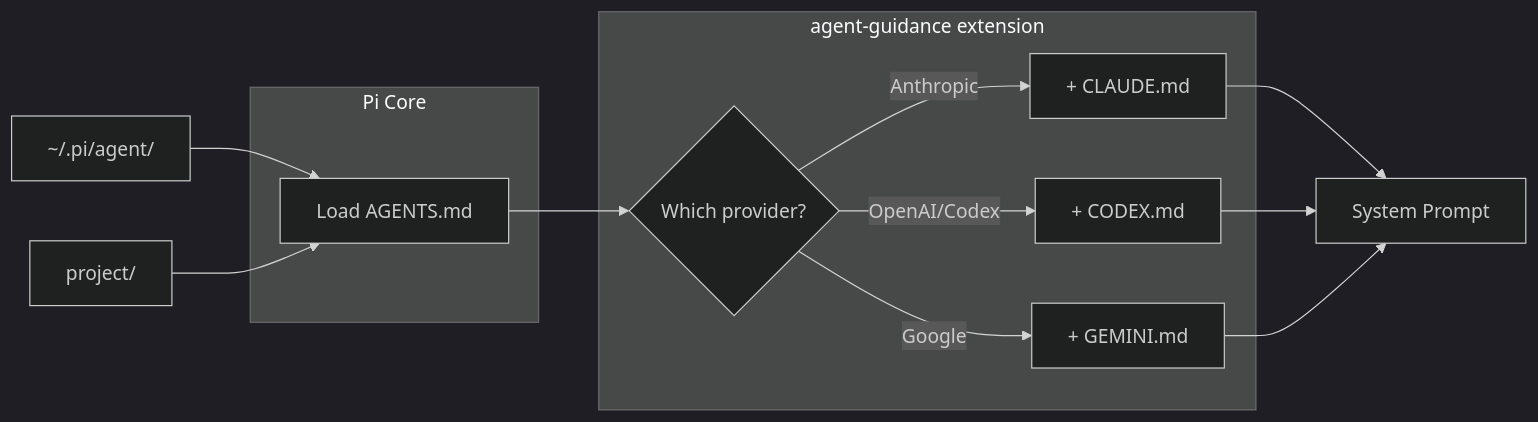
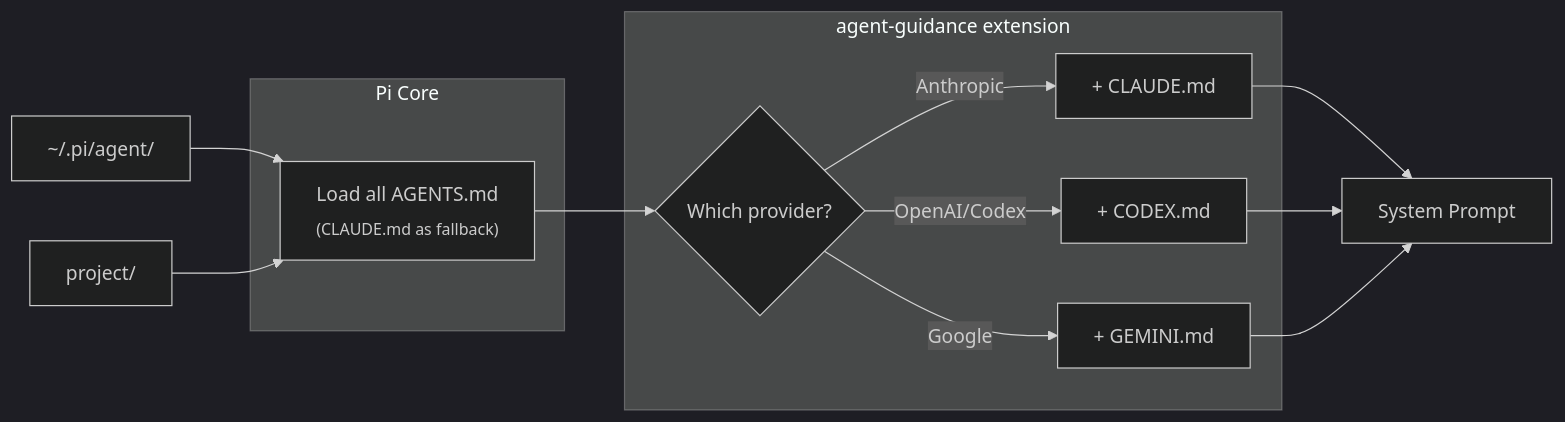
The diagram in agent-guidance/README.md (tmustier/pi-extensions), drawn with Mermaid (dark theme) before and after one commit. The commit also changed other lines of this file, not shown here.

Commit message:
Combine diagram options: sources + improved label with fallback note

````diff
--- a/agent-guidance/README.md
+++ b/agent-guidance/README.md
@@ -27,20 +7,20 @@
 ```mermaid
 flowchart LR
     S1["~/.pi/agent/"] --> B
     S2["project/"] --> B
     
     subgraph Core ["Pi Core"]
-        B[Load AGENTS.md]
+        B["Load all AGENTS.md<br/><sub>(CLAUDE.md as fallback)</sub>"]
     end
     
     subgraph Ext ["agent-guidance extension"]
         B --> C{Which provider?}
         C -->|Anthropic| D[+ CLAUDE.md]
         C -->|OpenAI/Codex| E[+ CODEX.md]
         C -->|Google| F[+ GEMINI.md]
     end
     
     D --> G[System Prompt]
     E --> G
     F --> G
 ```
````
